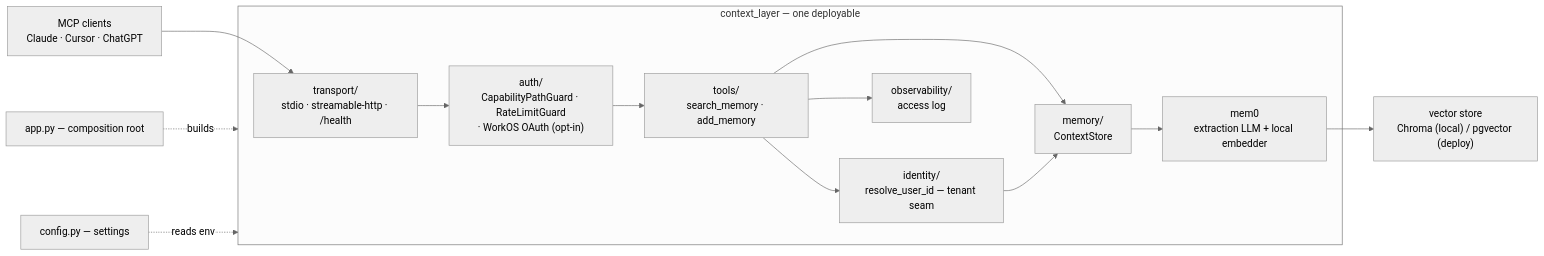
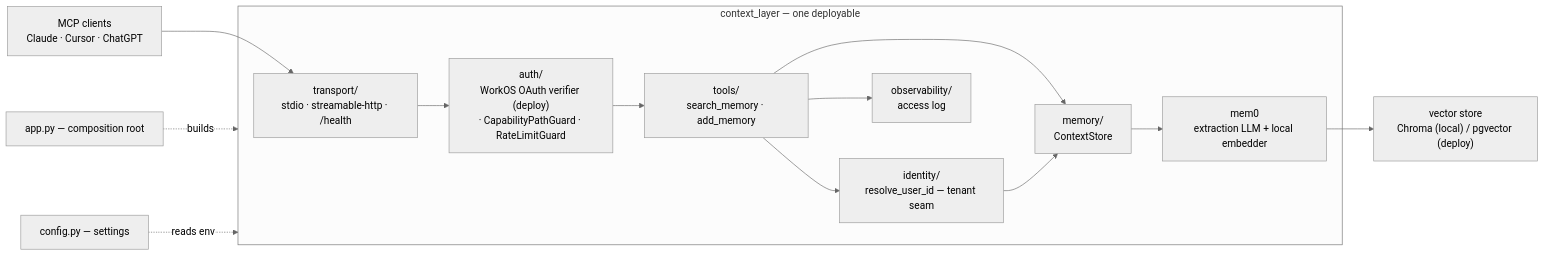
Before and after one commit to wanyuenmei/personal_mem: the diagram in ARCHITECTURE.md, drawn with Mermaid (neutral theme). The commit also changed other lines of this file and 2 other files, not shown here.

First line of the commit message:
PER-68: sync README, ARCHITECTURE, and the OAuth runbook with the repo

````diff
--- a/ARCHITECTURE.md
+++ b/ARCHITECTURE.md
@@ -9,18 +9,18 @@
 ```mermaid
 flowchart LR
   clients["MCP clients<br/>Claude · Cursor · ChatGPT"] --> transport
 
   subgraph app["context_layer — one deployable"]
     transport["transport/<br/>stdio · streamable-http · /health"] --> guards
-    guards["auth/<br/>CapabilityPathGuard · RateLimitGuard<br/>· WorkOS OAuth (opt-in)"] --> tools
+    guards["auth/<br/>WorkOS OAuth verifier (deploy)<br/>· CapabilityPathGuard · RateLimitGuard"] --> tools
     tools["tools/<br/>search_memory · add_memory"] --> identity
     tools --> store
     tools --> obs["observability/<br/>access log"]
     identity["identity/<br/>resolve_user_id — tenant seam"] --> store
     store["memory/<br/>ContextStore"] --> mem0["mem0<br/>extraction LLM + local embedder"]
   end
 
   mem0 --> vs["vector store<br/>Chroma (local) / pgvector (deploy)"]
   app_py["app.py — composition root"] -.builds.-> app
   config["config.py — settings"] -.reads env.-> app
 ```
````
